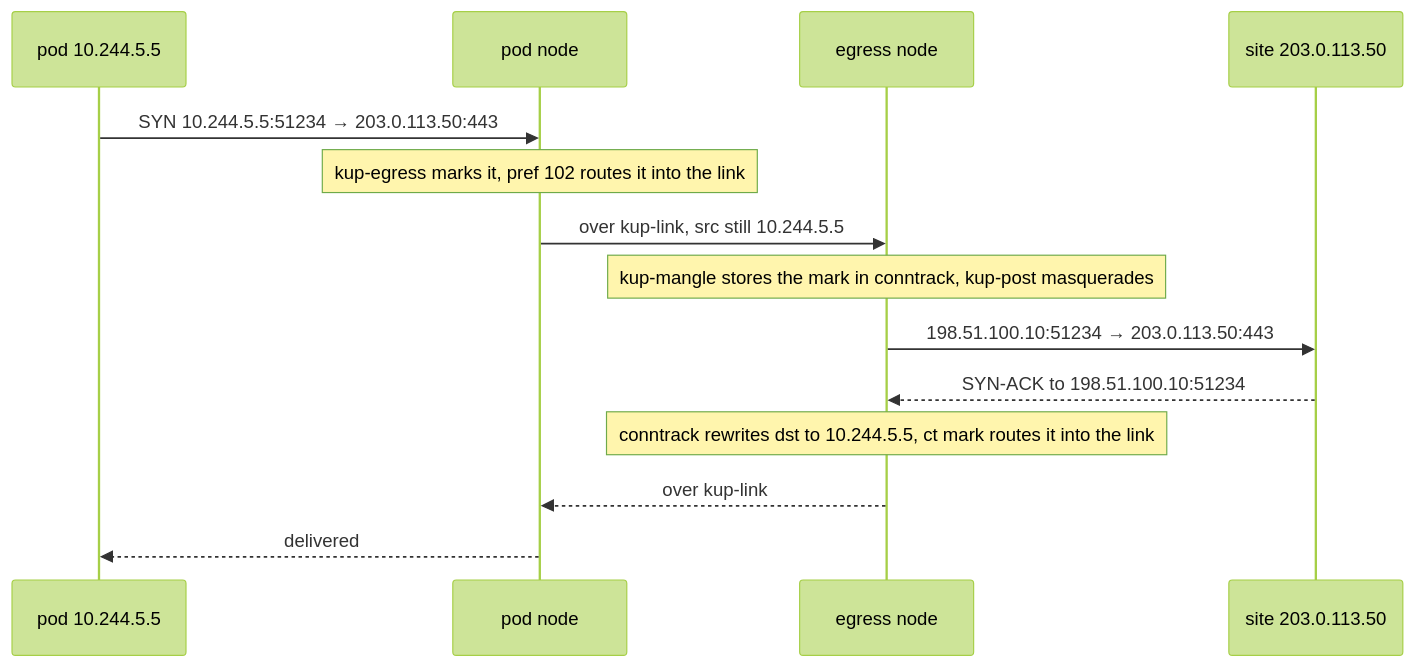
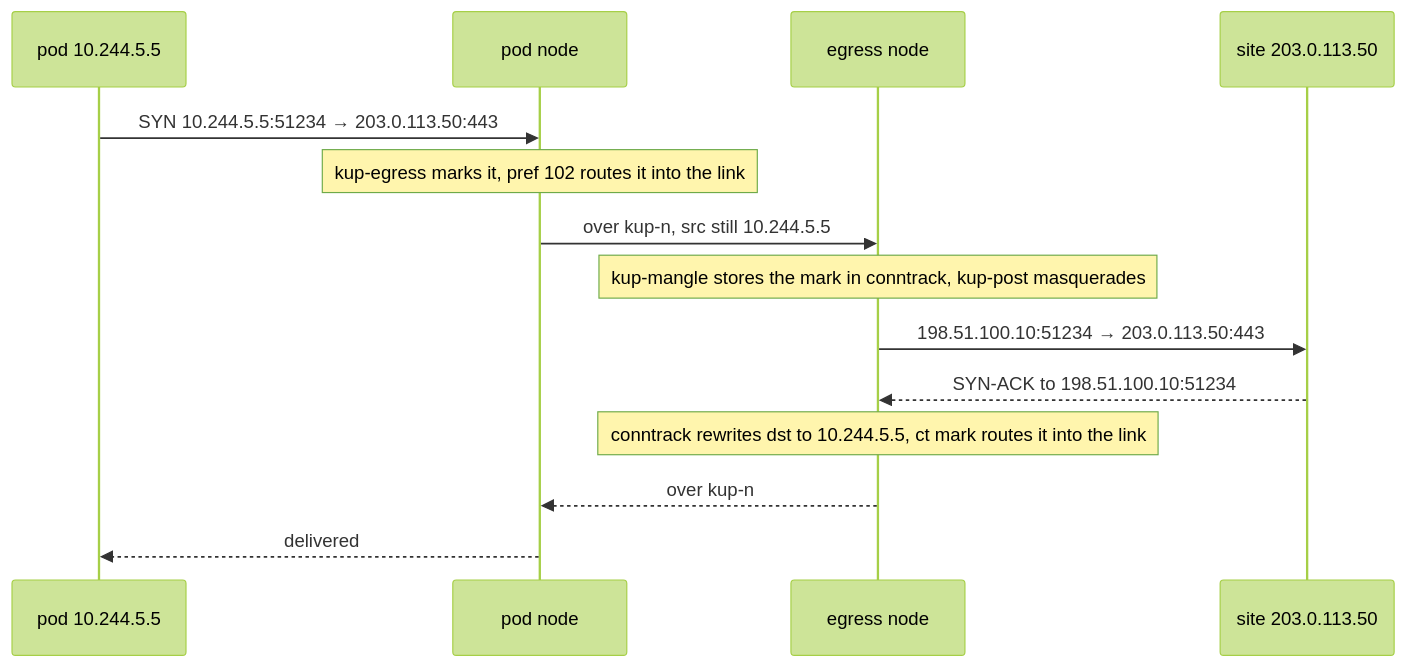
Before and after one commit to walzen-group/kuport: the diagram in .cortex/plans/2026-10-11-egress/design.md, drawn with Mermaid (forest theme). The commit also changed other lines of this file, not shown here.

Commit message:
docs: egress design gains cluster-wide link allocation and the collision and release fixes

````diff
--- a/.cortex/plans/2026-10-11-egress/design.md
+++ b/.cortex/plans/2026-10-11-egress/design.md
@@ -259,16 +339,16 @@
 ```mermaid
 sequenceDiagram
     participant P as pod 10.244.5.5
     participant Q as pod node
     participant B as egress node
     participant S as site 203.0.113.50
     P->>Q: SYN 10.244.5.5:51234 → 203.0.113.50:443
     Note over Q: kup-egress marks it, pref 102 routes it into the link
-    Q->>B: over kup-link, src still 10.244.5.5
+    Q->>B: over kup-n, src still 10.244.5.5
     Note over B: kup-mangle stores the mark in conntrack, kup-post masquerades
     B->>S: 198.51.100.10:51234 → 203.0.113.50:443
     S-->>B: SYN-ACK to 198.51.100.10:51234
     Note over B: conntrack rewrites dst to 10.244.5.5, ct mark routes it into the link
-    B-->>Q: over kup-link
+    B-->>Q: over kup-n
     Q-->>P: delivered
 ```
````
